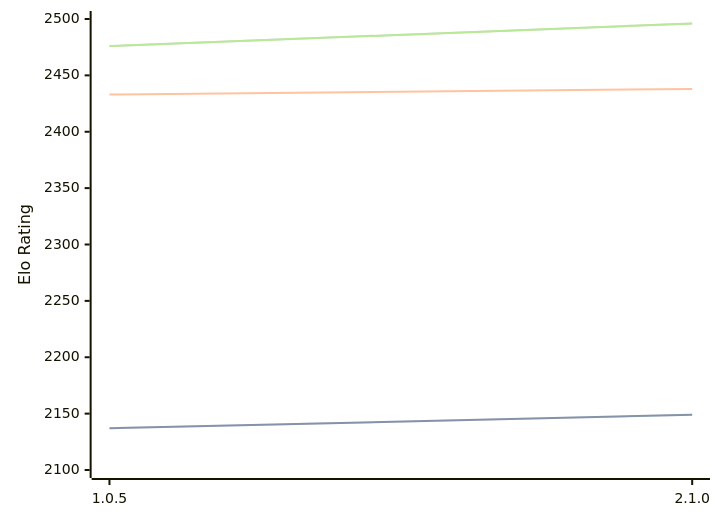
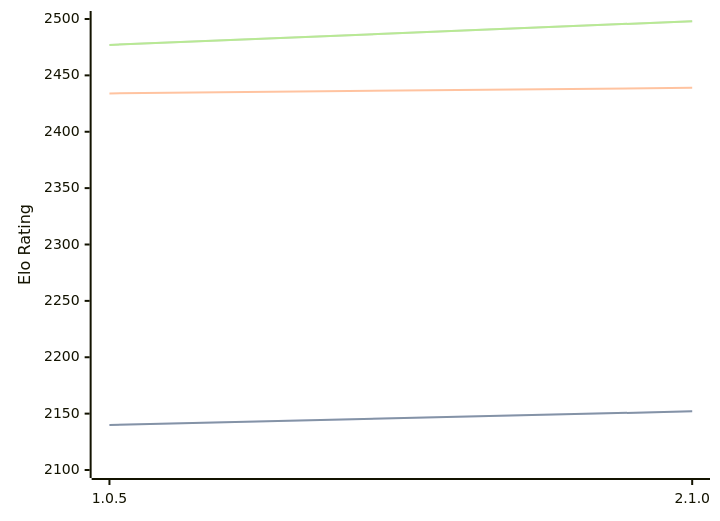
One commit to computer-chess-index/cci changed the diagram in engines/Ruffian.md. Above: the diagram before and after it, drawn with Mermaid. The commit also changed other lines of this file, not shown here.

Commit message:
Update CCI Ratings (ELO VLTC) - 2026-08-22

````diff
--- a/engines/Ruffian.md
+++ b/engines/Ruffian.md
@@ -32,11 +32,11 @@
 ```mermaid
 %%{init: {"theme":"base","themeVariables":{"seriesColors:['#a3a3a3','#222221','#faa371']}}}%%
 xychart-beta
   x-axis ["1.0.5", "2.1.0"]
   y-axis "Elo Rating" 2100 --> 2500
-  line "STC (8.0+0.08s)" [2137, 2149]
-  line "STC (8.0+0.08s)" [2137, 2149]
-  line "LTC (60.0+0.60s)" [2433, 2438]
-  line "VLTC (2m24s+1.12s)" [2476, 2496]
-  line "VLTC (2m24s+1.12s)" [2476, 2496]
+  line "STC (8.0+0.08s)" [2140, 2152]
+  line "STC (8.0+0.08s)" [2140, 2152]
+  line "LTC (60.0+0.60s)" [2434, 2439]
+  line "VLTC (2m24s+1.12s)" [2477, 2498]
+  line "VLTC (2m24s+1.12s)" [2477, 2498]
 ```
````
